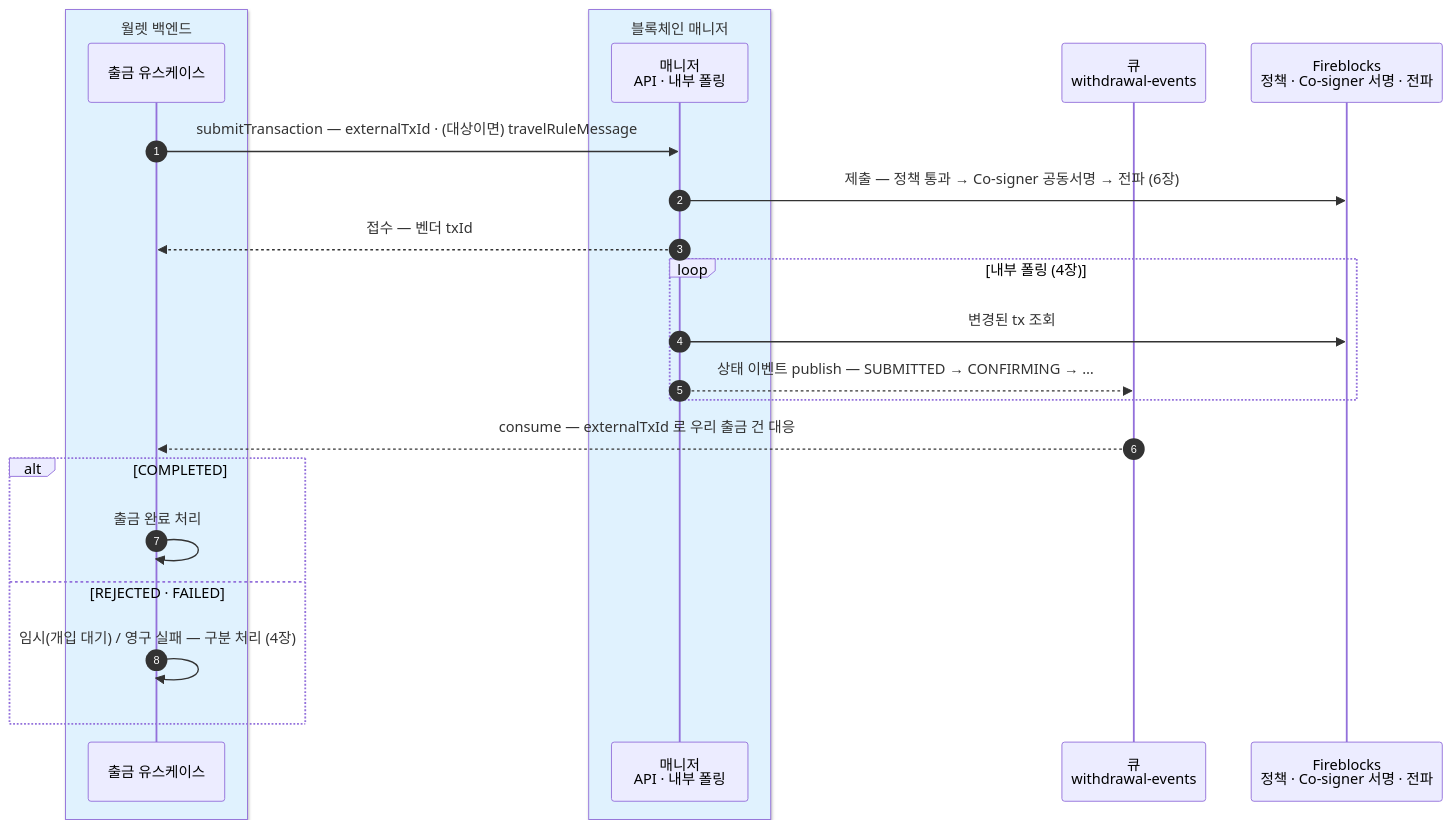
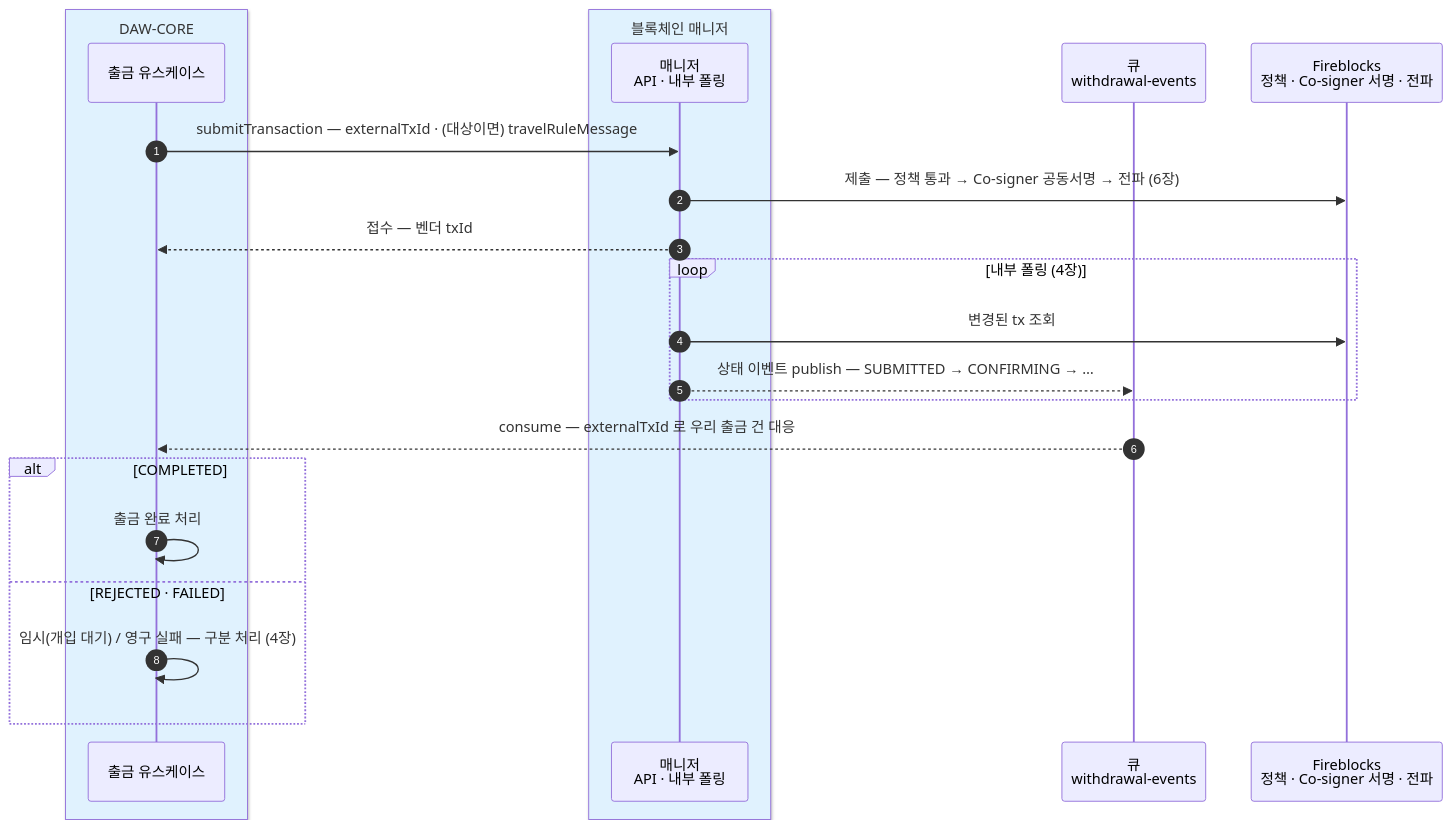
Before and after one commit to eunsujeo/eunpus: the first of 2 diagrams in blockchain-manager/docs/블록체인매니저/설계/16-interface.md, drawn with Mermaid. The commit also changed other lines of this file and 25 other files, not shown here.

First line of the commit message:
컴플라이언스·온보딩 정리 — 코어 명칭 DAW-CORE 통일 + 출금 확인 비동기 통일 + 다이어그램 보강

````diff
--- a/blockchain-manager/docs/블록체인매니저/설계/16-interface.md
+++ b/blockchain-manager/docs/블록체인매니저/설계/16-interface.md
@@ -55,26 +55,26 @@
 ```mermaid
 sequenceDiagram
     autonumber
-    box rgb(224,242,254) 월렛 백엔드
+    box rgb(224,242,254) DAW-CORE
     participant BE as 출금 유스케이스
     end
     box rgb(224,242,254) 블록체인 매니저
     participant BM as 매니저<br/>API · 내부 폴링
     end
     participant MQ as 큐<br/>withdrawal-events
     participant FB as Fireblocks<br/>정책 · Co-signer 서명 · 전파
 
     BE->>BM: submitTransaction — externalTxId · (대상이면) travelRuleMessage
     BM->>FB: 제출 — 정책 통과 → Co-signer 공동서명 → 전파 (6장)
     BM-->>BE: 접수 — 벤더 txId
     loop 내부 폴링 (4장)
         BM->>FB: 변경된 tx 조회
         BM-->>MQ: 상태 이벤트 publish — SUBMITTED → CONFIRMING → …
     end
     MQ-->>BE: consume — externalTxId 로 우리 출금 건 대응
     alt COMPLETED
         BE->>BE: 출금 완료 처리
     else REJECTED · FAILED
         BE->>BE: 임시(개입 대기) / 영구 실패 — 구분 처리 (4장)
     end
 ```
````
